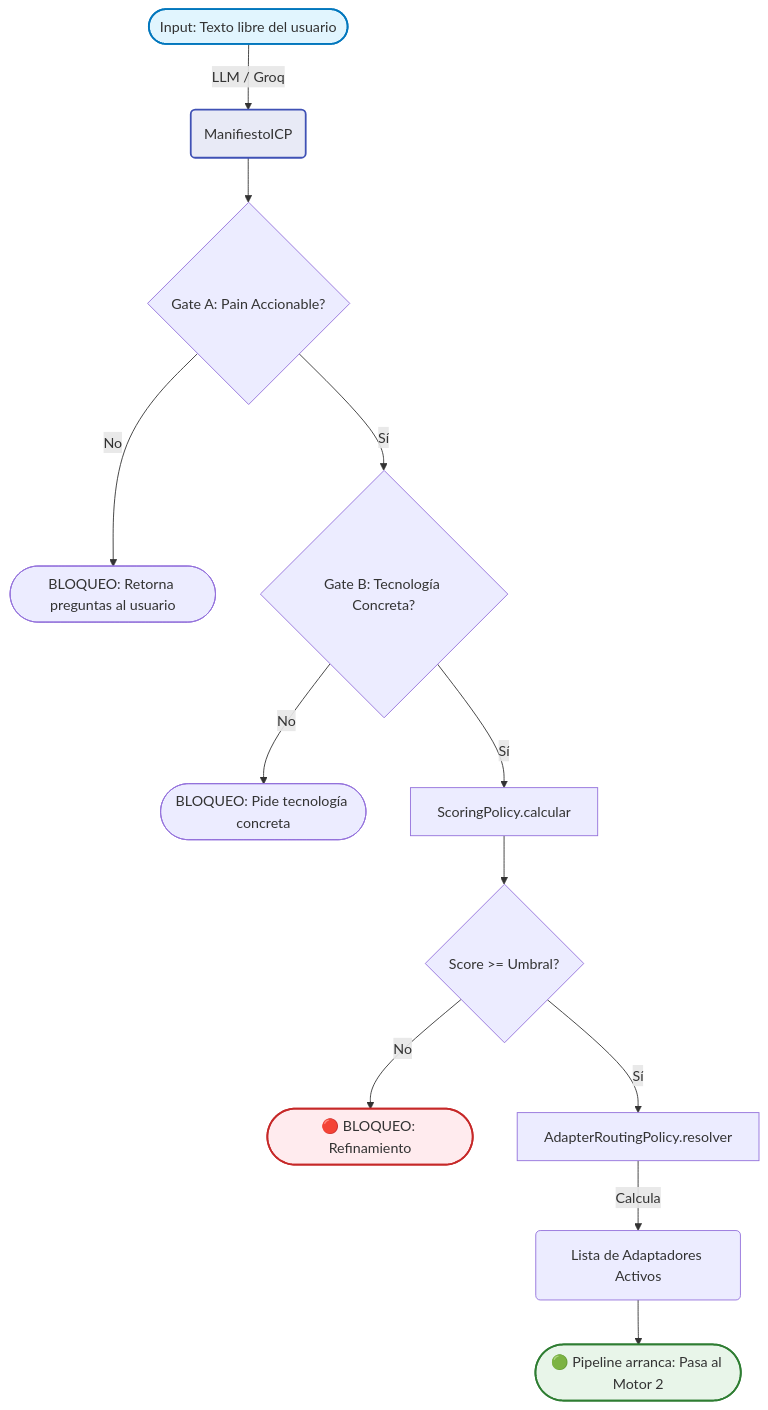
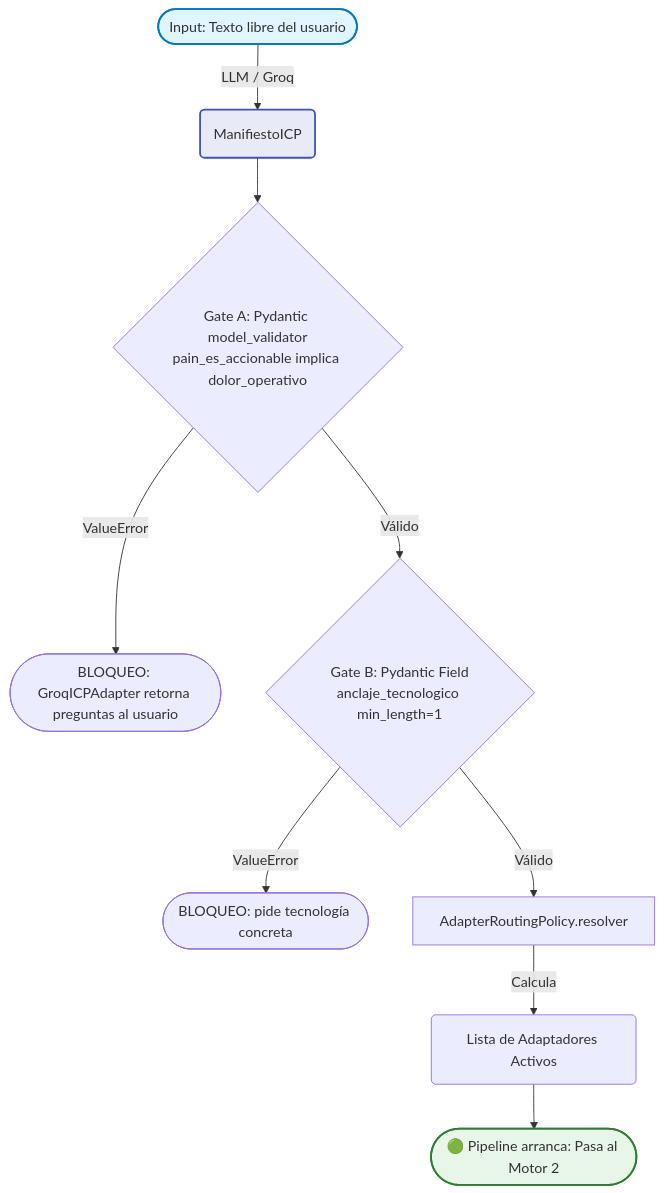
One commit to yeisonestiv109/estudio_skills_ia_claude changed the first of 3 diagrams in 10-Memoria_Consolidada/flujos_motor_1_y_2.md. Above: the diagram before and after it, drawn with Mermaid. The commit also changed other lines of this file and 5 other files, not shown here.

````diff
--- a/10-Memoria_Consolidada/flujos_motor_1_y_2.md
+++ b/10-Memoria_Consolidada/flujos_motor_1_y_2.md
@@ -28,19 +43,15 @@
 ```mermaid
 graph TD
     A([Input: Texto libre del usuario]) -->|LLM / Groq| B(ManifiestoICP)
-    B --> C{Gate A: Pain Accionable?}
-    C -->|No| D([BLOQUEO: Retorna preguntas al usuario])
-    C -->|Sí| E{Gate B: Tecnología Concreta?}
-    E -->|No| F([BLOQUEO: Pide tecnología concreta])
-    E -->|Sí| G[ScoringPolicy.calcular]
-    G --> H{Score >= Umbral?}
-    H -->|No| I([🔴 BLOQUEO: Refinamiento])
-    H -->|Sí| J[AdapterRoutingPolicy.resolver]
+    B --> C{Gate A: Pydantic model_validator<br/>pain_es_accionable implica dolor_operativo}
+    C -->|ValueError| D([BLOQUEO: GroqICPAdapter retorna preguntas al usuario])
+    C -->|Válido| E{Gate B: Pydantic Field<br/>anclaje_tecnologico min_length=1}
+    E -->|ValueError| F([BLOQUEO: pide tecnología concreta])
+    E -->|Válido| J[AdapterRoutingPolicy.resolver]
     J -->|Calcula| K(Lista de Adaptadores Activos)
     K --> L([🟢 Pipeline arranca: Pasa al Motor 2])
-    
+
     style A fill:#e1f5fe,stroke:#0277bd,stroke-width:2px
     style B fill:#e8eaf6,stroke:#3f51b5,stroke-width:2px
     style L fill:#e8f5e9,stroke:#2e7d32,stroke-width:2px
-    style I fill:#ffebee,stroke:#c62828,stroke-width:2px
 ```
````
